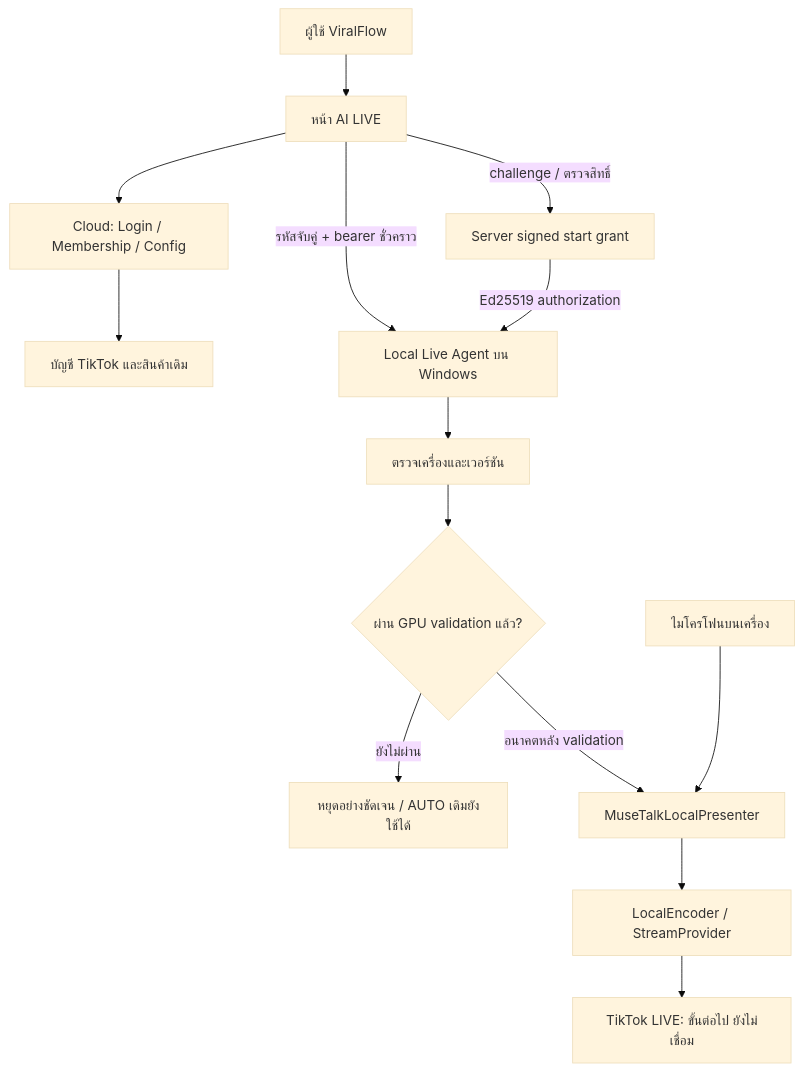
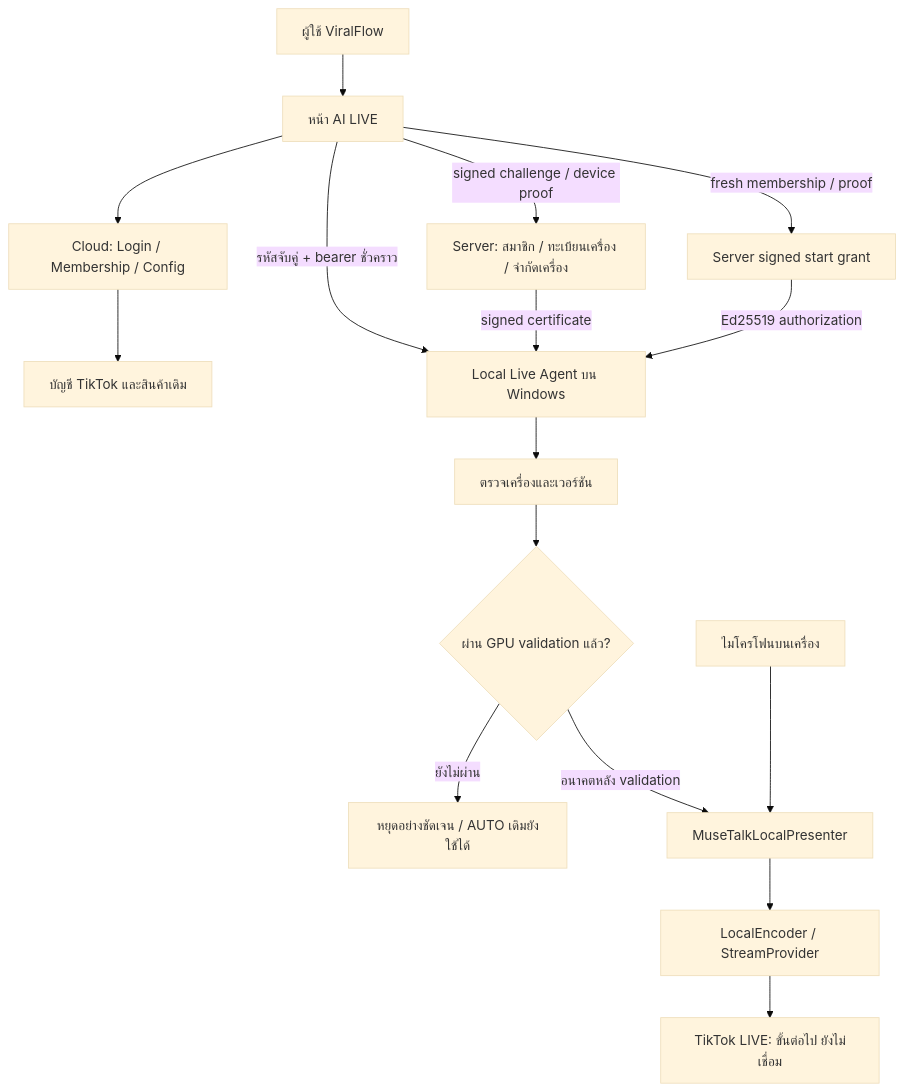
The diagram in docs/AI_LIVE_ARCHITECTURE.md (kkhunmingg-commits/viralflow-ai), drawn with Mermaid (base theme) before and after one commit. The commit also changed other lines of this file and 46 other files, not shown here.

````diff
--- a/docs/AI_LIVE_ARCHITECTURE.md
+++ b/docs/AI_LIVE_ARCHITECTURE.md
@@ -15,16 +15,18 @@
 ```mermaid
 flowchart TD
   User[ผู้ใช้ ViralFlow] --> Web[หน้า AI LIVE]
   Web --> Cloud[Cloud: Login / Membership / Config]
   Cloud --> Existing[บัญชี TikTok และสินค้าเดิม]
   Web -->|รหัสจับคู่ + bearer ชั่วคราว| Agent[Local Live Agent บน Windows]
-  Web -->|challenge / ตรวจสิทธิ์| Grant[Server signed start grant]
+  Web -->|signed challenge / device proof| Registry[Server: สมาชิก / ทะเบียนเครื่อง / จำกัดเครื่อง]
+  Registry -->|signed certificate| Agent
+  Web -->|fresh membership / proof| Grant[Server signed start grant]
   Grant -->|Ed25519 authorization| Agent
   Agent --> Hardware[ตรวจเครื่องและเวอร์ชัน]
   Hardware --> Gate{ผ่าน GPU validation แล้ว?}
   Gate -->|ยังไม่ผ่าน| Block[หยุดอย่างชัดเจน / AUTO เดิมยังใช้ได้]
   Gate -->|อนาคตหลัง validation| Presenter[MuseTalkLocalPresenter]
   Mic[ไมโครโฟนบนเครื่อง] --> Presenter
   Presenter --> Encoder[LocalEncoder / StreamProvider]
   Encoder --> Future[TikTok LIVE: ขั้นต่อไป ยังไม่เชื่อม]
 ```
````
